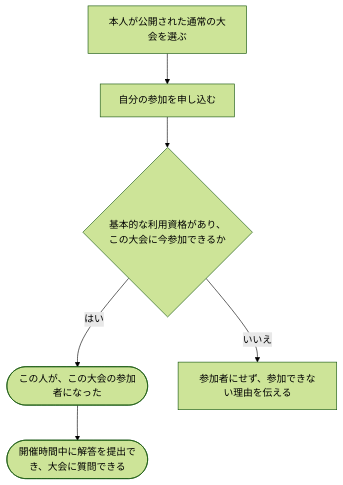
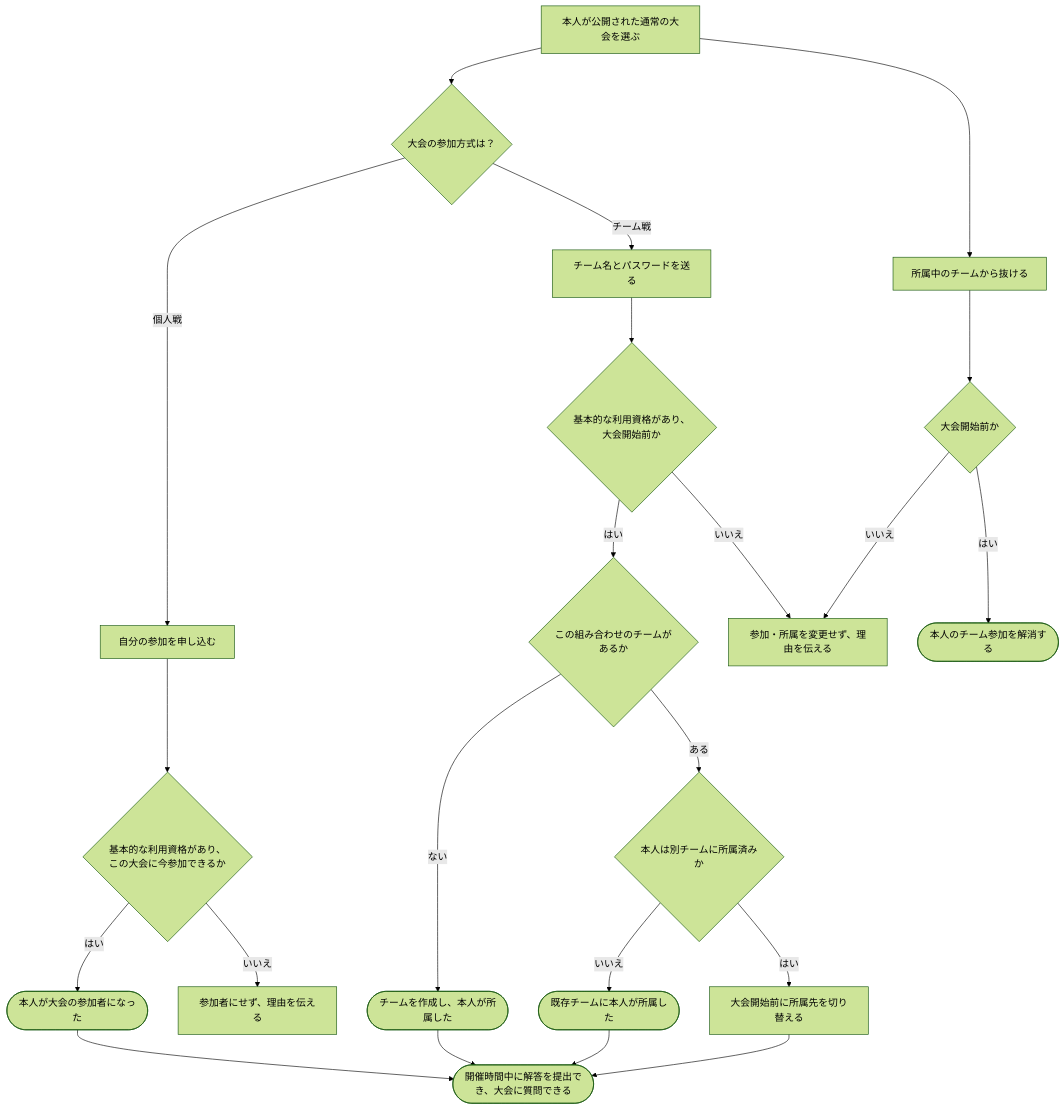
Before and after one commit to traP-jp/traOJudge: the diagram in docs/requirements/scenarios/permissions/join-contest.md, drawn with Mermaid (forest theme). The commit also changed other lines of this file and 137 other files, not shown here.

````diff
--- a/docs/requirements/scenarios/permissions/join-contest.md
+++ b/docs/requirements/scenarios/permissions/join-contest.md
@@ -26,8 +26,24 @@
 ```mermaid
 flowchart TD
-    A["本人が公開された通常の大会を選ぶ"] --> B["自分の参加を申し込む"]
-    B --> C{"基本的な利用資格があり、この大会に今参加できるか"}
-    C -->|はい| D(["この人が、この大会の参加者になった"])
-    D --> E(["開催時間中に解答を提出でき、大会に質問できる"])
-    C -->|いいえ| F["参加者にせず、参加できない理由を伝える"]
+    A["本人が公開された通常の大会を選ぶ"] --> B{"大会の参加方式は？"}
+    B -->|個人戦| C["自分の参加を申し込む"]
+    B -->|チーム戦| D["チーム名とパスワードを送る"]
+    C --> E1{"基本的な利用資格があり、この大会に今参加できるか"}
+    D --> E2{"基本的な利用資格があり、大会開始前か"}
+    E1 -->|はい| F(["本人が大会の参加者になった"])
+    E1 -->|いいえ| L["参加者にせず、理由を伝える"]
+    E2 -->|はい| E3{"この組み合わせのチームがあるか"}
+    E2 -->|いいえ| J["参加・所属を変更せず、理由を伝える"]
+    E3 -->|ない| G(["チームを作成し、本人が所属した"])
+    E3 -->|ある| H{"本人は別チームに所属済みか"}
+    H -->|いいえ| I(["既存チームに本人が所属した"])
+    H -->|はい| M["大会開始前に所属先を切り替える"]
+    A --> N["所属中のチームから抜ける"]
+    N --> O{"大会開始前か"}
+    O -->|はい| P(["本人のチーム参加を解消する"])
+    O -->|いいえ| J
+    F --> K(["開催時間中に解答を提出でき、大会に質問できる"])
+    G --> K
+    I --> K
+    M --> K
 ```
````
